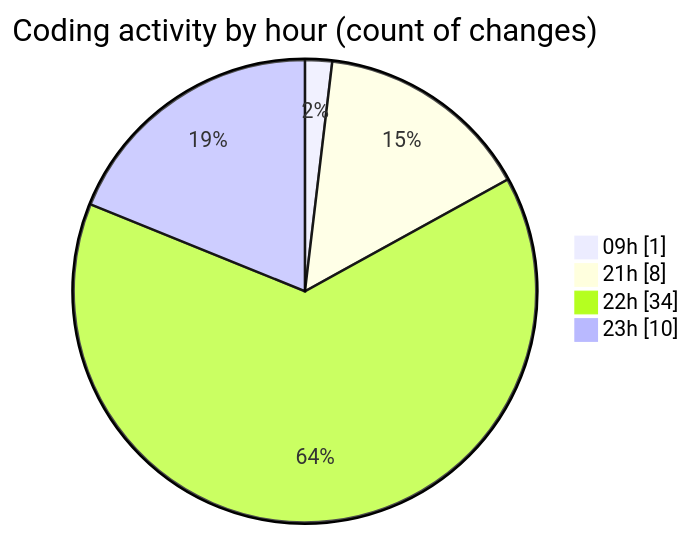
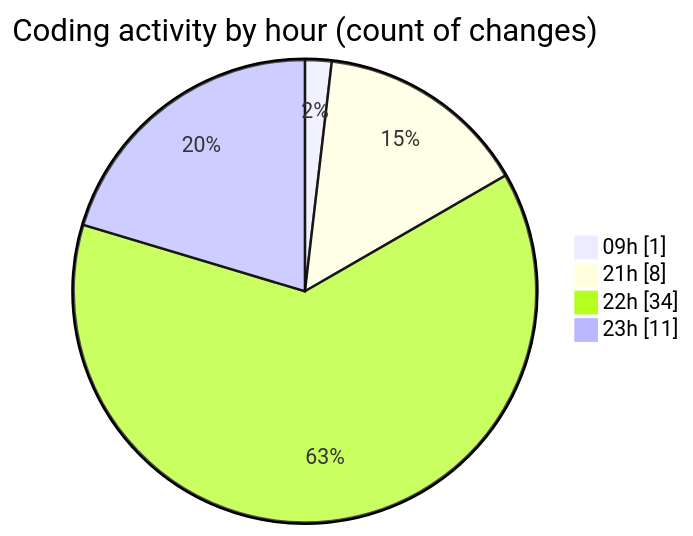
Before and after one commit to MatusMokan/code-tracking: the second of 2 diagrams in 2025-02-19/myws__workspace_/README.md, drawn with Mermaid. The commit also changed other lines of this file and 1 other file, not shown here.

````diff
--- a/2025-02-19/myws__workspace_/README.md
+++ b/2025-02-19/myws__workspace_/README.md
@@ -35,8 +35,8 @@
 ```mermaid
 pie showData
 title Coding activity by hour (count of changes)
 "09h" : 1
 "21h" : 8
 "22h" : 34
-"23h" : 10
+"23h" : 11
 ```
````
